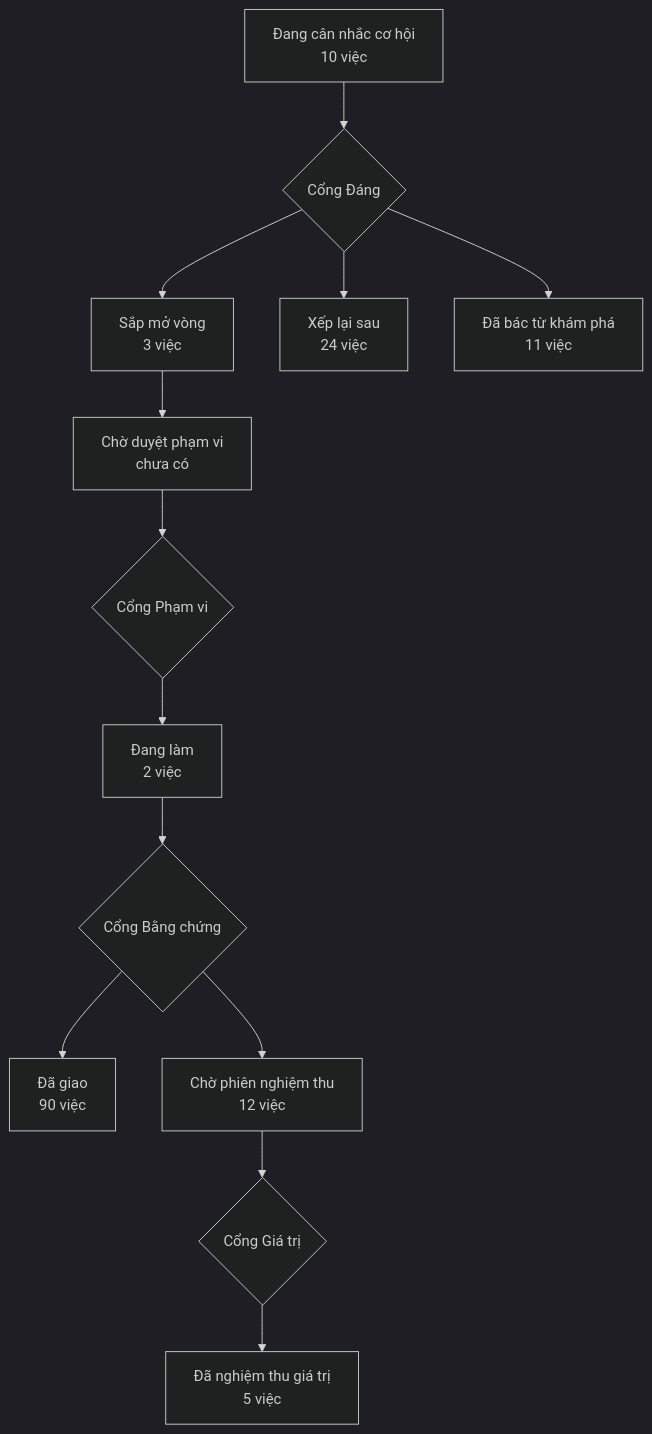
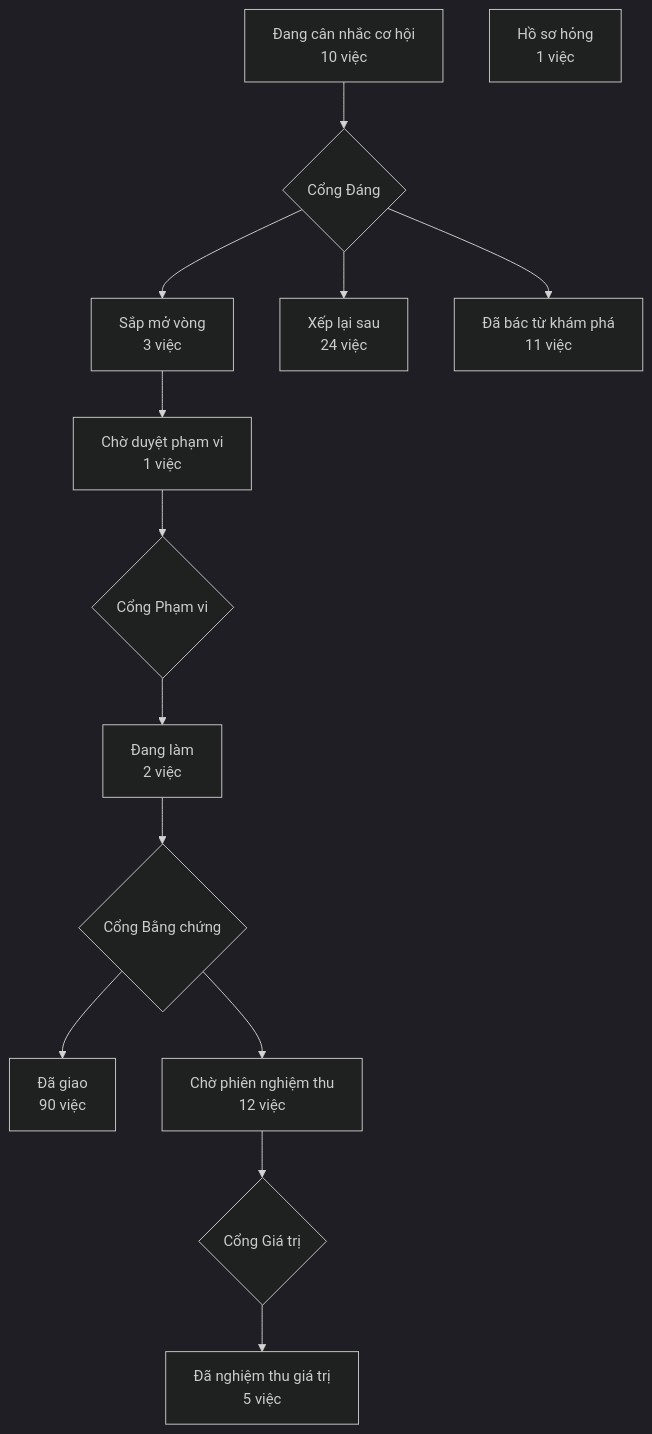
The diagram in PRODUCT-MAP.md (phanlemanh/acceptance-gate-kit), drawn with Mermaid (dark theme) before and after one commit. The commit also changed other lines of this file and 9 other files, not shown here.

````diff
--- a/PRODUCT-MAP.md
+++ b/PRODUCT-MAP.md
@@ -6,12 +6,13 @@
 ```mermaid
 flowchart TD
   A["Đang cân nhắc cơ hội<br/>10 việc"] --> GD{"Cổng Đáng"}
   GD --> B["Sắp mở vòng<br/>3 việc"]
   GD --> XL["Xếp lại sau<br/>24 việc"]
   GD --> DB["Đã bác từ khám phá<br/>11 việc"]
-  B --> CD["Chờ duyệt phạm vi<br/>chưa có"] --> GP{"Cổng Phạm vi"}
+  B --> CD["Chờ duyệt phạm vi<br/>1 việc"] --> GP{"Cổng Phạm vi"}
   GP --> DL["Đang làm<br/>2 việc"] --> GB{"Cổng Bằng chứng"}
   GB --> DG["Đã giao<br/>90 việc"]
   GB --> CN["Chờ phiên nghiệm thu<br/>12 việc"] --> GG{"Cổng Giá trị"}
   GG --> NT["Đã nghiệm thu giá trị<br/>5 việc"]
+  HS["Hồ sơ hỏng<br/>1 việc"]
 ```
````
